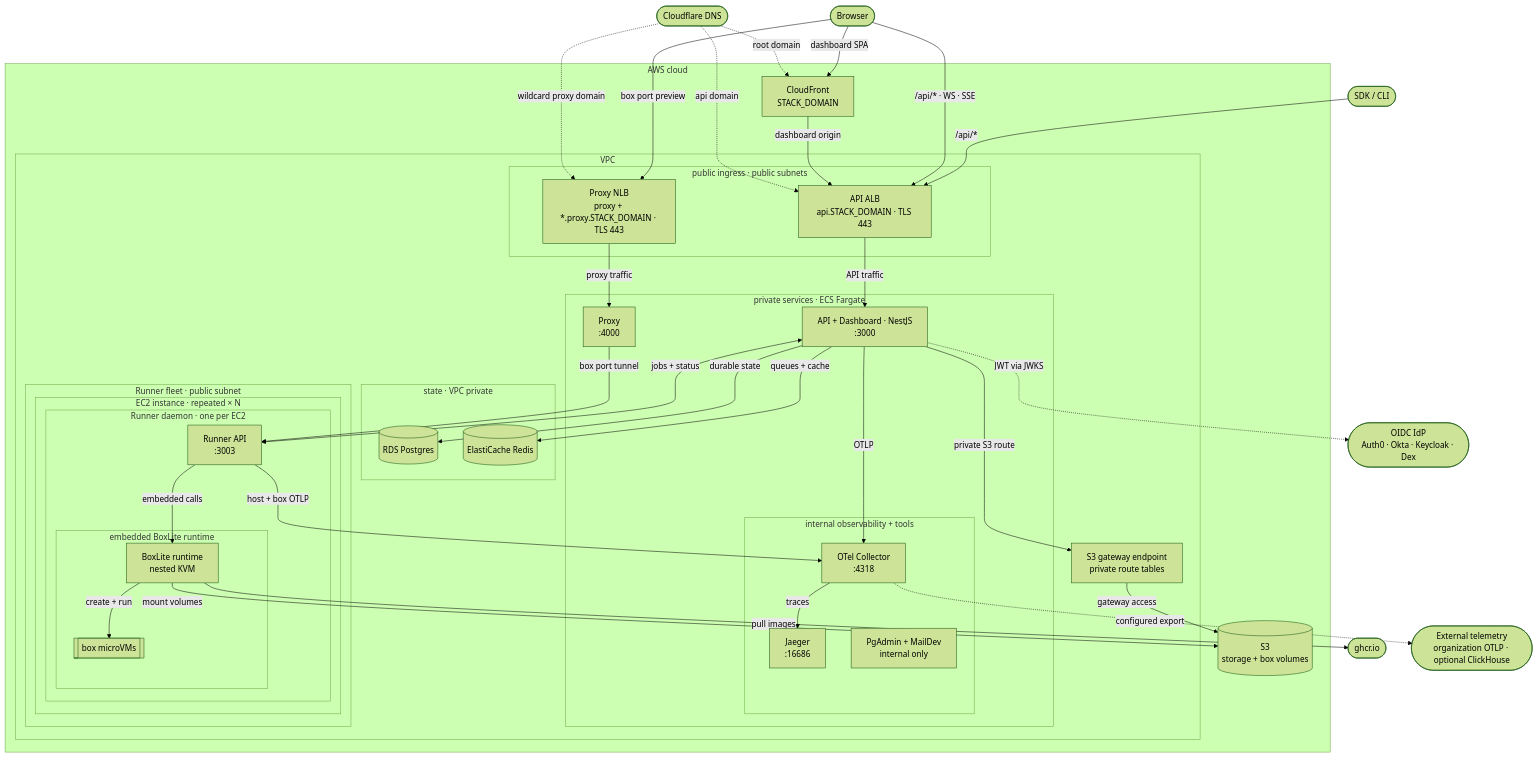
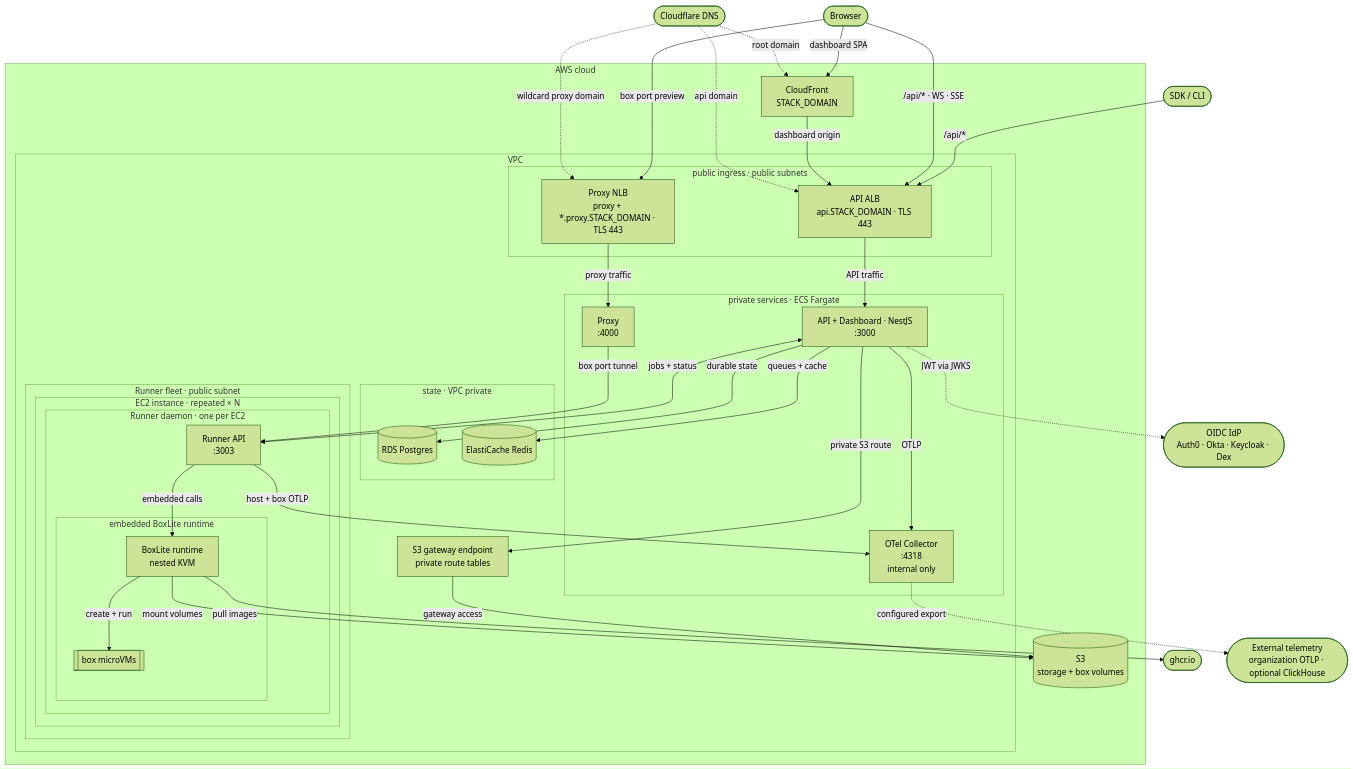
The diagram in apps/README.md (DefeatMan/boxlite), drawn with Mermaid (forest theme) before and after one commit. The commit also changed 30 other files, not shown here.

First line of the commit message:
feat(infra): send mail through SES, retire the internal admin UIs (#1336)

````diff
--- a/apps/README.md
+++ b/apps/README.md
@@ -31,11 +31,7 @@
                 api["API + Dashboard · NestJS<br/>:3000"]
                 proxy["Proxy<br/>:4000"]
 
-                subgraph obs["internal observability + tools"]
-                    otel["OTel Collector<br/>:4318"]
-                    jaeger["Jaeger<br/>:16686"]
-                    ops["PgAdmin + MailDev<br/>internal only"]
-                end
+                otel["OTel Collector<br/>:4318<br/>internal only"]
             end
 
             subgraph state["state · VPC private"]
@@ -88,6 +84,5 @@
     boxlite_core boxlite_to_s3@-->|"mount volumes"| s3
     boxlite_core boxlite_to_ghcr@-->|"pull images"| ghcr
 
-    otel otel_to_jaeger@-->|"traces"| jaeger
     otel otel_to_telemetry@-.->|"configured export"| telemetry
 ```
````
